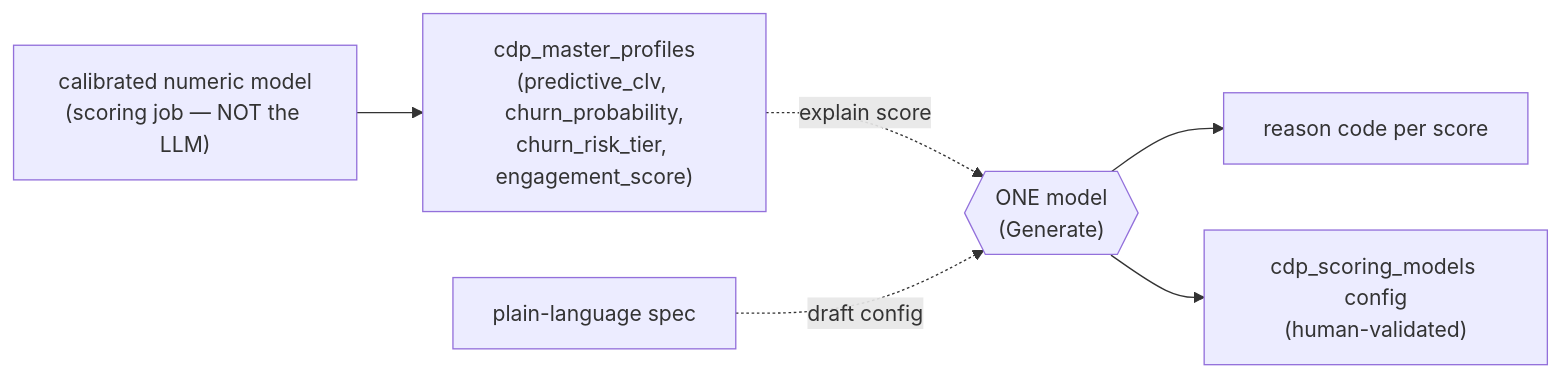
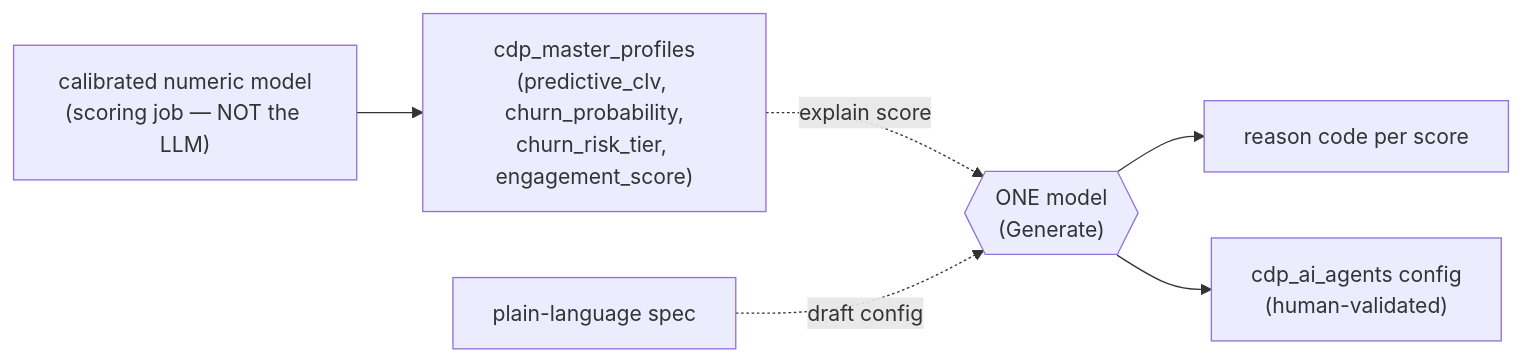
Before and after one commit to LEO-CDP/leo-customer360: the ninth of 11 diagrams in docs/research-papers/one-model-across-customer360.md, drawn with Mermaid. The commit also changed other lines of this file and 44 other files, not shown here.

````diff
--- a/docs/research-papers/one-model-across-customer360.md
+++ b/docs/research-papers/one-model-across-customer360.md
@@ -394,13 +394,13 @@
 ```mermaid
 flowchart LR
     NUM["cdp_master_profiles\n(predictive_clv, churn_probability,\nchurn_risk_tier, engagement_score)"]
     CALC["calibrated numeric model\n(scoring job — NOT the LLM)"]
     MODEL{{"ONE model\n(Generate)"}}
     RC["reason code per score"]
     SPEC["plain-language spec"]
-    CFG["cdp_scoring_models config\n(human-validated)"]
+    CFG["cdp_ai_agents config\n(human-validated)"]
 
     CALC --> NUM
     NUM -. "explain score" .-> MODEL --> RC
     SPEC -. "draft config" .-> MODEL --> CFG
 ```
````
